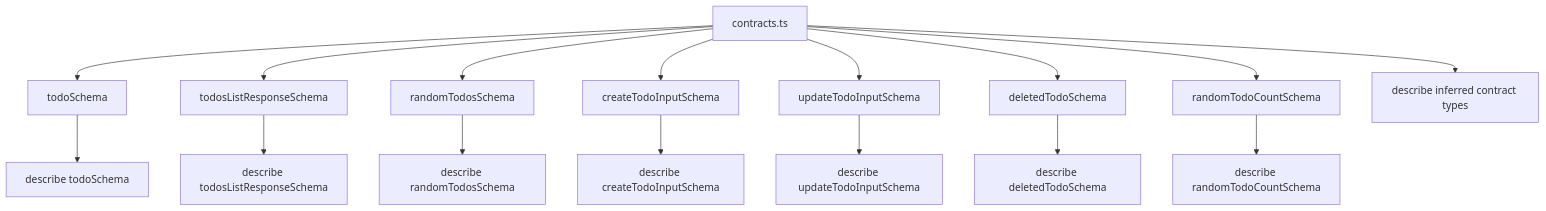
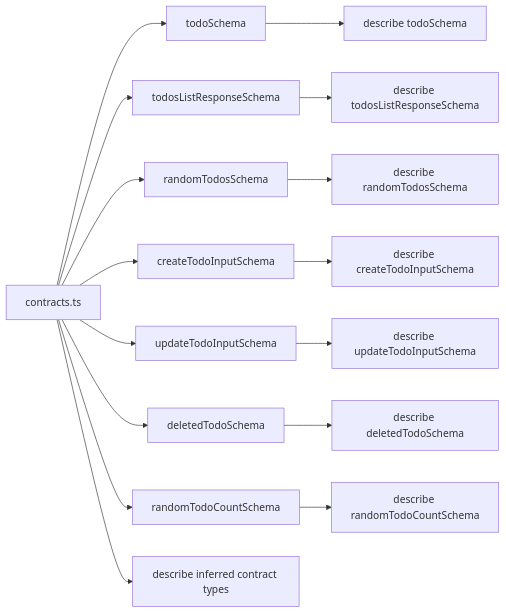
The second of 6 diagrams in docs/details/todos/api-contract-test.md (thehermitdev/tanstack-router-boilerplate), drawn with Mermaid before and after one commit.

Commit message:
docs(todos): Revise flowchart in api-contract-test.md
Updated flowchart to reflect the correct schema relationships.

````diff
--- a/docs/details/todos/api-contract-test.md
+++ b/docs/details/todos/api-contract-test.md
@@ -61,20 +61,20 @@
 ```mermaid
-flowchart TD
+flowchart LR
     A[contracts.ts] --> B[todoSchema]
     A --> C[todosListResponseSchema]
     A --> D[randomTodosSchema]
     A --> E[createTodoInputSchema]
     A --> F[updateTodoInputSchema]
     A --> G[deletedTodoSchema]
     A --> H[randomTodoCountSchema]
 
     B --> BT[describe todoSchema]
     C --> CT[describe todosListResponseSchema]
     D --> DT[describe randomTodosSchema]
     E --> ET[describe createTodoInputSchema]
     F --> FT[describe updateTodoInputSchema]
     G --> GT[describe deletedTodoSchema]
     H --> HT[describe randomTodoCountSchema]
 
     A --> TT[describe inferred contract types]
 ```
````
